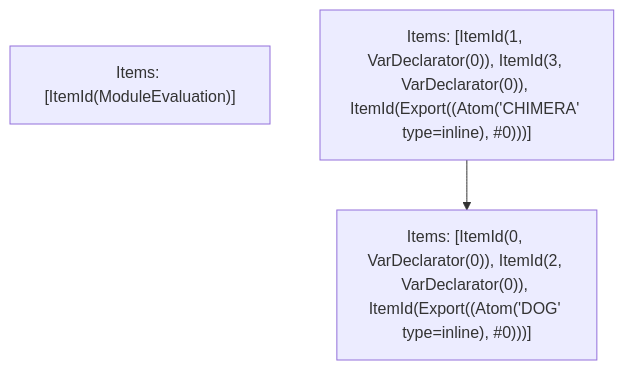
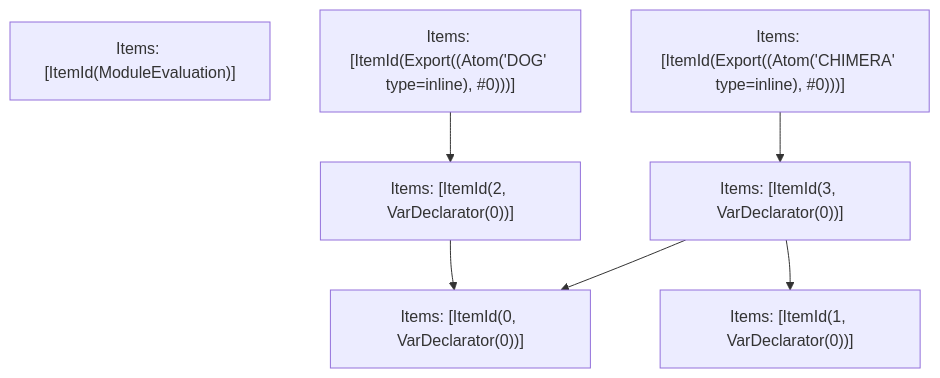
Before and after one commit to vercel/turborepo: the fifth of 5 diagrams in crates/turbopack-ecmascript/tests/tree-shaker/analyzer/simple/output.md, drawn with Mermaid. The commit also changed other lines of this file and 3 other files, not shown here.

````diff
--- a/crates/turbopack-ecmascript/tests/tree-shaker/analyzer/simple/output.md
+++ b/crates/turbopack-ecmascript/tests/tree-shaker/analyzer/simple/output.md
@@ -120,7 +120,15 @@
 ```mermaid
 graph TD
     N0["Items: [ItemId(ModuleEvaluation)]"];
-    N1["Items: [ItemId(0, VarDeclarator(0)), ItemId(2, VarDeclarator(0)), ItemId(Export((Atom('DOG' type=inline), #0)))]"];
-    N2["Items: [ItemId(1, VarDeclarator(0)), ItemId(3, VarDeclarator(0)), ItemId(Export((Atom('CHIMERA' type=inline), #0)))]"];
-    N2 --> N1;
+    N1["Items: [ItemId(Export((Atom('DOG' type=inline), #0)))]"];
+    N2["Items: [ItemId(Export((Atom('CHIMERA' type=inline), #0)))]"];
+    N3["Items: [ItemId(0, VarDeclarator(0))]"];
+    N4["Items: [ItemId(2, VarDeclarator(0))]"];
+    N5["Items: [ItemId(3, VarDeclarator(0))]"];
+    N6["Items: [ItemId(1, VarDeclarator(0))]"];
+    N1 --> N4;
+    N2 --> N5;
+    N4 --> N3;
+    N5 --> N6;
+    N5 --> N3;
 ```
````
